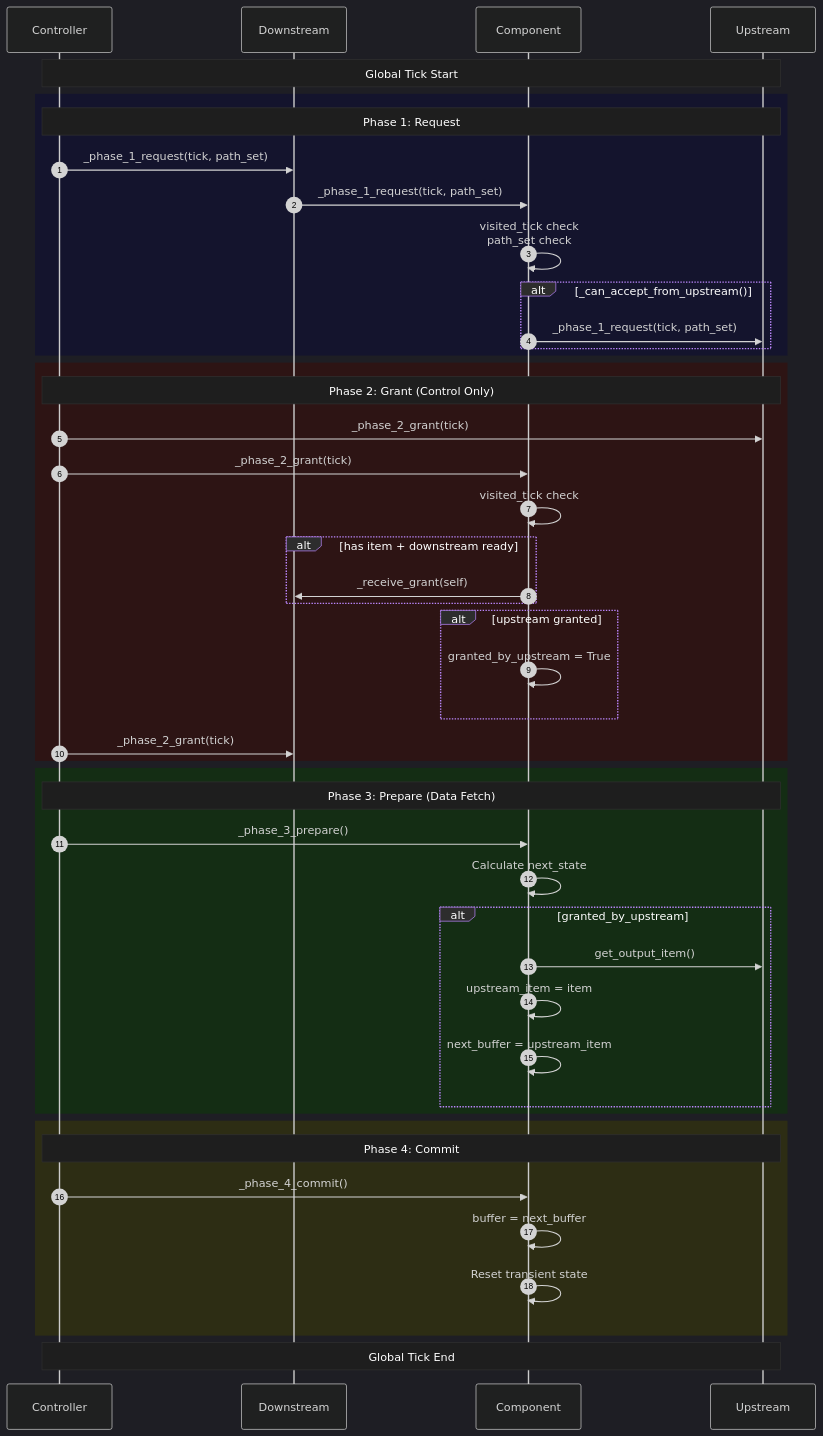
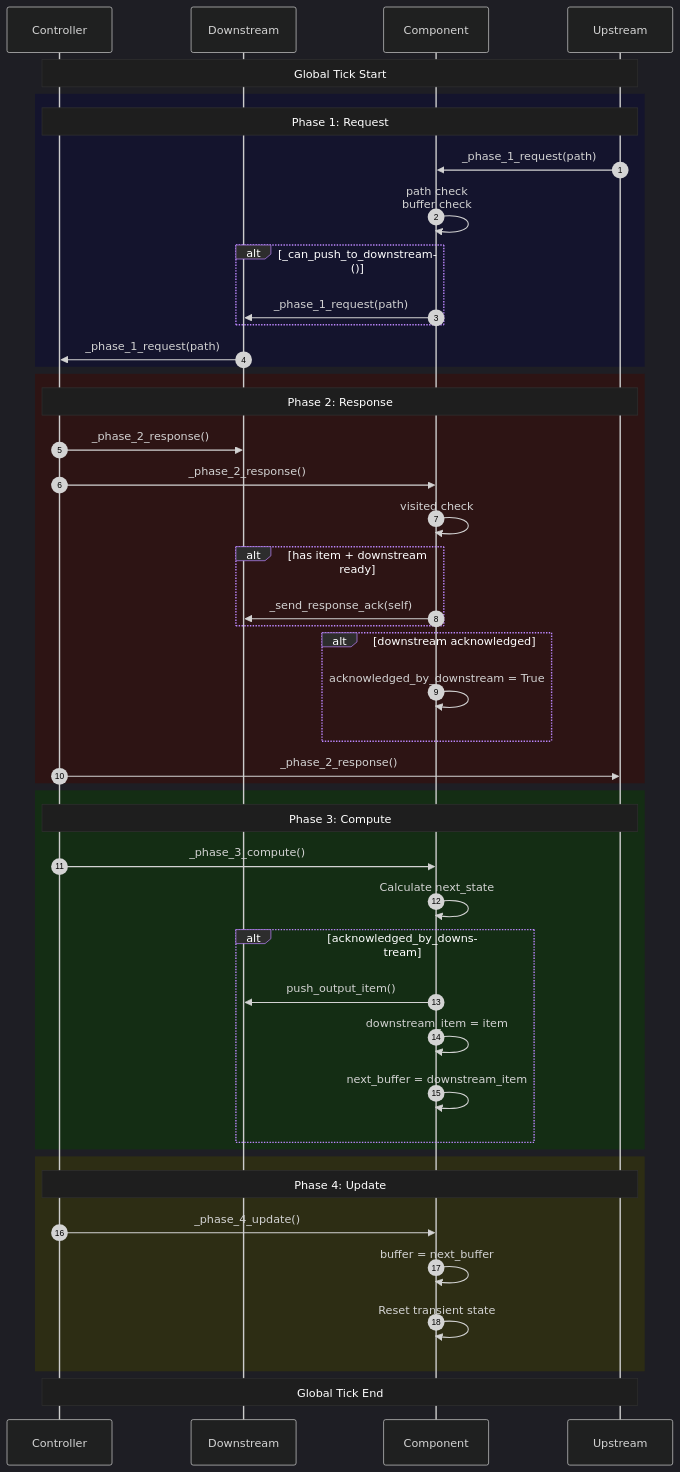
The diagram in README.md (hongshan-academy/endfield-AIC-sim), drawn with Mermaid before and after one commit. The commit also changed 14 other files, not shown here.

````diff
--- a/README.md
+++ b/README.md
@@ -1,71 +1,71 @@
 ```mermaid
 %%{init: {'theme': 'dark', 'themeVariables': { 
     'primaryColor': '#bb86fc', 
     'secondaryColor': '#03dac6', 
     'tertiaryColor': '#3700b3', 
     'fontFamily': 'monospace', 
     'noteBkgColor': '#1e1e1e', 
     'noteTextColor': '#ffffff',
     'labelBoxBkgColor': '#2d2d2d',
     'labelBoxBorderColor': '#bb86fc',
     'labelTextColor': '#ffffff',
     'loopTextColor': '#ffffff',
     'lineColor': '#03dac6'
 }}}%%
 sequenceDiagram
     autonumber
     participant Ctrl as Controller
     participant DS as Downstream
     participant Self as Component
     participant US as Upstream
 
     Note over Ctrl, US: Global Tick Start
 
     %% PHASE 1
     rect rgb(20, 20, 45)
     Note over Ctrl, US: Phase 1: Request
-    Ctrl->>DS: _phase_1_request(tick, path_set)
-    DS->>Self: _phase_1_request(tick, path_set)
-    Self->>Self: visited_tick check<br/>path_set check
-    alt _can_accept_from_upstream()
-        Self->>US: _phase_1_request(tick, path_set)
+    US->>Self: _phase_1_request(path)
+    Self->>Self: path check<br/>buffer check
+    alt _can_push_to_downstream()
+        Self->>DS: _phase_1_request(path)
     end
+    DS->>Ctrl: _phase_1_request(path)
     end
 
     %% PHASE 2
     rect rgb(45, 20, 20)
-    Note over Ctrl, US: Phase 2: Grant (Control Only)
-    Ctrl->>US: _phase_2_grant(tick)
-    Ctrl->>Self: _phase_2_grant(tick)
-    Self->>Self: visited_tick check
+    Note over Ctrl, US: Phase 2: Response
+    Ctrl->>DS: _phase_2_response()
+    Ctrl->>Self: _phase_2_response()
+    Self->>Self: visited check
     alt has item + downstream ready
-        Self->>DS: _receive_grant(self)
+        Self->>DS: _send_response_ack(self)
     end
-    alt upstream granted
-        Self->>Self: granted_by_upstream = True
+    alt downstream acknowledged
+        Self->>Self: acknowledged_by_downstream = True
     end
-    Ctrl->>DS: _phase_2_grant(tick)
+    Ctrl->>US: _phase_2_response()
     end
 
     %% PHASE 3
     rect rgb(20, 45, 20)
-    Note over Ctrl, US: Phase 3: Prepare (Data Fetch)
-    Ctrl->>Self: _phase_3_prepare()
+    Note over Ctrl, US: Phase 3: Compute
+    Ctrl->>Self: _phase_3_compute()
     Self->>Self: Calculate next_state
-    alt granted_by_upstream
-        Self->>US: get_output_item()
-        Self->>Self: upstream_item = item
-        Self->>Self: next_buffer = upstream_item
+    alt acknowledged_by_downstream
+        Self->>DS: push_output_item()
+        Self->>Self: downstream_item = item
+        Self->>Self: next_buffer = downstream_item
     end
     end
 
     %% PHASE 4
     rect rgb(45, 45, 20)
-    Note over Ctrl, US: Phase 4: Commit
-    Ctrl->>Self: _phase_4_commit()
+    Note over Ctrl, US: Phase 4: Update
+    Ctrl->>Self: _phase_4_update()
     Self->>Self: buffer = next_buffer
     Self->>Self: Reset transient state
     end
 
     Note over Ctrl, US: Global Tick End
 ```
````
